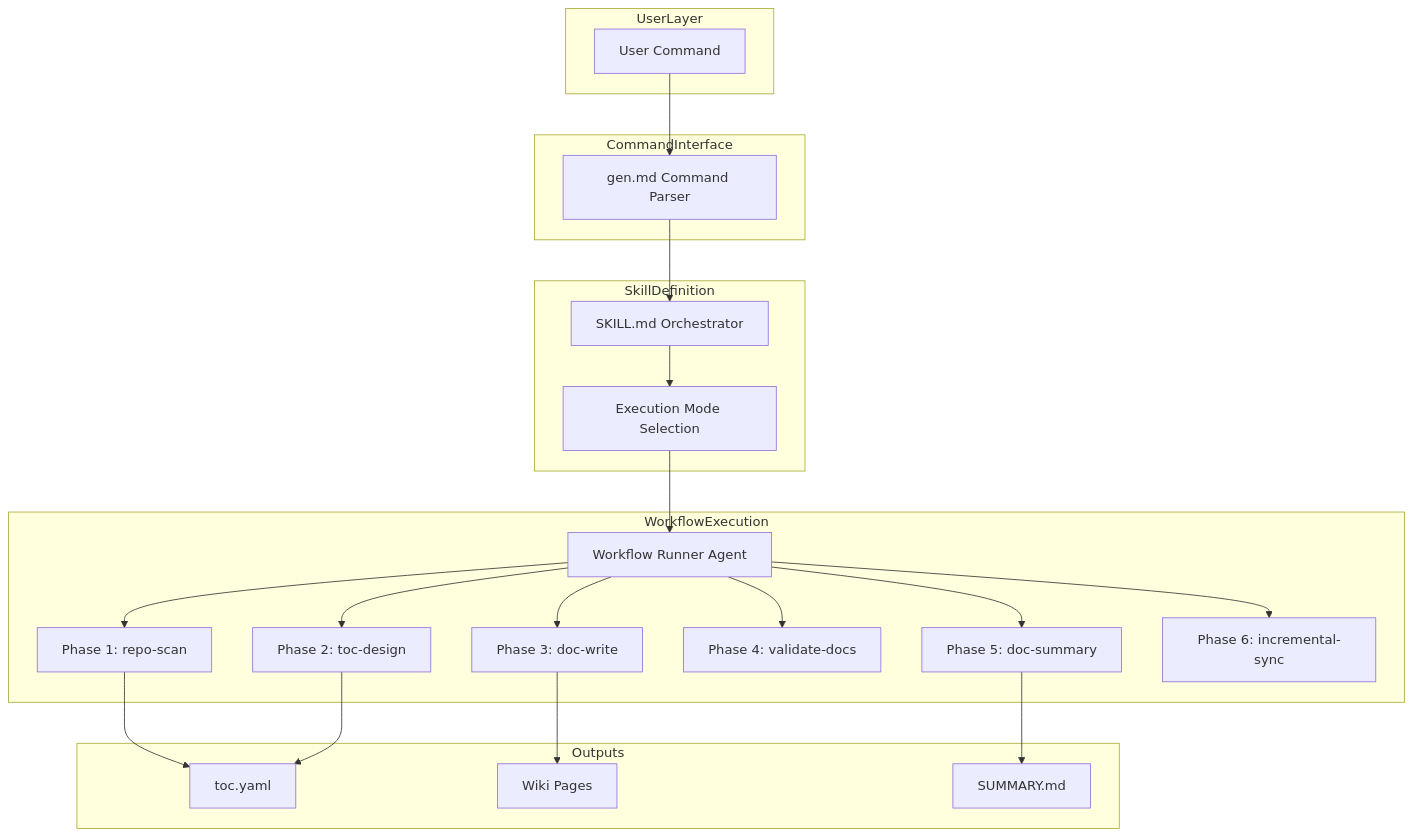
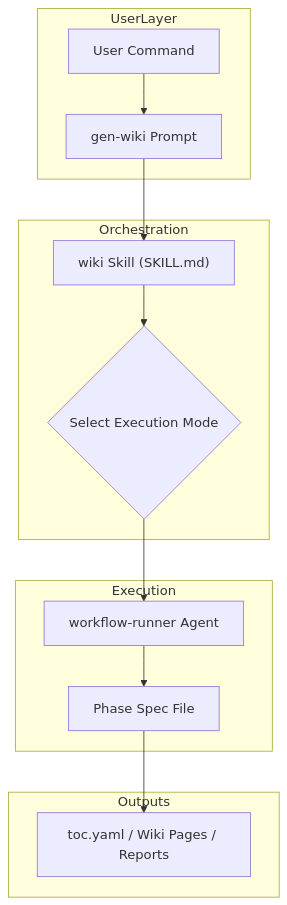
Before and after one commit to natsu1211/deepwiki-skill: the first of 2 diagrams in docs/wiki/02_architecture.md, drawn with Mermaid. The commit also changed other lines of this file and 10 other files, not shown here.

````diff
--- a/docs/wiki/02_architecture.md
+++ b/docs/wiki/02_architecture.md
@@ -26,46 +29,28 @@
 ```mermaid
 graph TD
     subgraph UserLayer
-        A["User Command"]
+        U["User Command"]
+        P["gen-wiki Prompt"]
     end
 
-    subgraph CommandInterface
-        B["gen.md Command Parser"]
+    subgraph Orchestration
+        S["wiki Skill (SKILL.md)"]
+        M{"Select Execution Mode"}
     end
 
-    subgraph SkillDefinition
-        C["SKILL.md Orchestrator"]
-        D["Execution Mode Selection"]
-    end
-
-    subgraph WorkflowExecution
-        E["Workflow Runner Agent"]
-        F["Phase 1: repo-scan"]
-        G["Phase 2: toc-design"]
-        H["Phase 3: doc-write"]
-        I["Phase 4: validate-docs"]
-        J["Phase 5: doc-summary"]
-        K["Phase 6: incremental-sync"]
+    subgraph Execution
+        A["workflow-runner Agent"]
+        PS["Phase Spec File"]
     end
 
     subgraph Outputs
-        L["toc.yaml"]
-        M["Wiki Pages"]
-        N["SUMMARY.md"]
+        O["toc.yaml / Wiki Pages / Reports"]
     end
 
-    A --> B
-    B --> C
-    C --> D
-    D --> E
-    E --> F
-    E --> G
-    E --> H
-    E --> I
-    E --> J
-    E --> K
-    F --> L
-    G --> L
-    H --> M
-    J --> N
+    U --> P
+    P --> S
+    S --> M
+    M --> A
+    A --> PS
+    PS --> O
 ```
````
